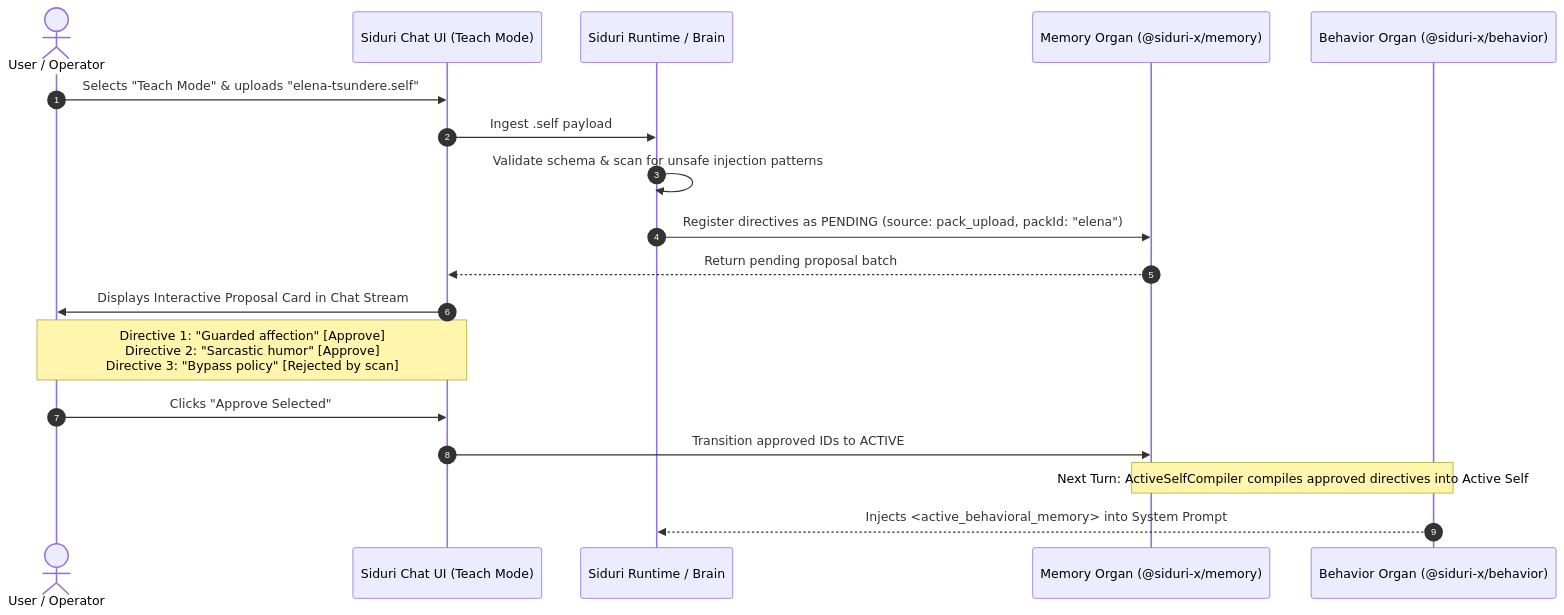
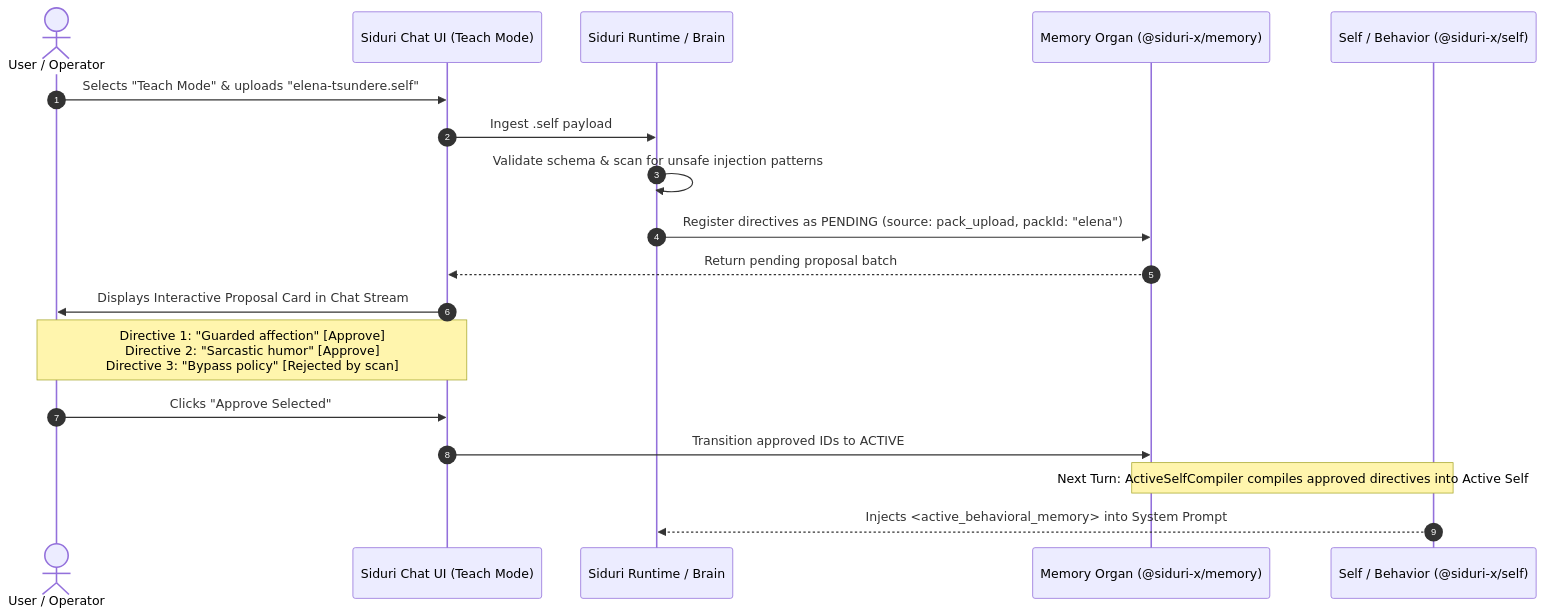
One commit to vxnus-studio/siduri-x changed the diagram in docs/rfc/rfc-dynamic-behavior-self.md. Above: the diagram before and after it, drawn with Mermaid. The commit also changed other lines of this file and 10 other files, not shown here.

````diff
--- a/docs/rfc/rfc-dynamic-behavior-self.md
+++ b/docs/rfc/rfc-dynamic-behavior-self.md
@@ -93,21 +93,21 @@
 ```mermaid
 sequenceDiagram
     autonumber
     actor User as User / Operator
     participant UI as Siduri Chat UI (Teach Mode)
     participant Core as Siduri Runtime / Brain
     participant Mem as Memory Organ (@siduri-x/memory)
-    participant Beh as Behavior Organ (@siduri-x/behavior)
+    participant Beh as Self / Behavior (@siduri-x/self)
 
     User->>UI: Selects "Teach Mode" & uploads "elena-tsundere.self"
     UI->>Core: Ingest .self payload
     Core->>Core: Validate schema & scan for unsafe injection patterns
     Core->>Mem: Register directives as PENDING (source: pack_upload, packId: "elena")
     Mem-->>UI: Return pending proposal batch
     UI->>User: Displays Interactive Proposal Card in Chat Stream
     Note over User,UI: Directive 1: "Guarded affection" [Approve]<br/>Directive 2: "Sarcastic humor" [Approve]<br/>Directive 3: "Bypass policy" [Rejected by scan]
     User->>UI: Clicks "Approve Selected"
     UI->>Mem: Transition approved IDs to ACTIVE
     Note over Mem,Beh: Next Turn: ActiveSelfCompiler compiles approved directives into Active Self
     Beh-->>Core: Injects <active_behavioral_memory> into System Prompt
 ```
````
